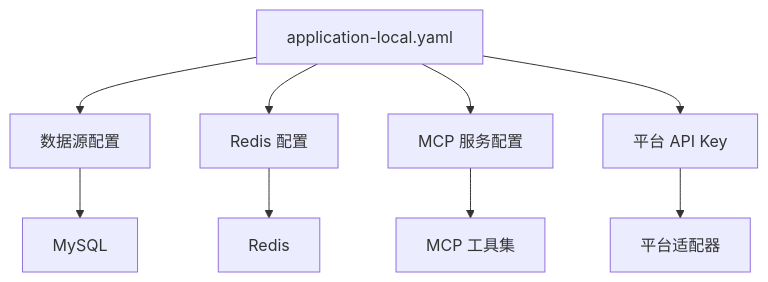
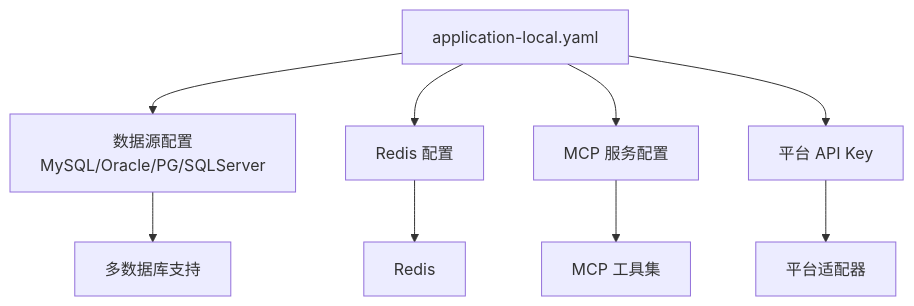
Before and after one commit to zhuangpengLI/AgenticCPS: the seventh of 9 diagrams in .qoder/repowiki/zh/content/项目概述/三大核心技术理念/AI 自主编程/AI 自主编程.md, drawn with Mermaid. The commit also changed other lines of this file and 21 other files, not shown here.

````diff
--- a/.qoder/repowiki/zh/content/项目概述/三大核心技术理念/AI 自主编程/AI 自主编程.md
+++ b/.qoder/repowiki/zh/content/项目概述/三大核心技术理念/AI 自主编程/AI 自主编程.md
@@ -254,11 +292,11 @@
 ```mermaid
 flowchart TD
-Cfg["application-local.yaml"] --> DS["数据源配置"]
+Cfg["application-local.yaml"] --> DS["数据源配置<br/>MySQL/Oracle/PG/SQLServer"]
 Cfg --> RD["Redis 配置"]
 Cfg --> MCP["MCP 服务配置"]
 Cfg --> Keys["平台 API Key"]
-DS --> DB["MySQL"]
+DS --> DB["多数据库支持"]
 RD --> Cache["Redis"]
 MCP --> Tools["MCP 工具集"]
 Keys --> Adapters["平台适配器"]
 ```
````
